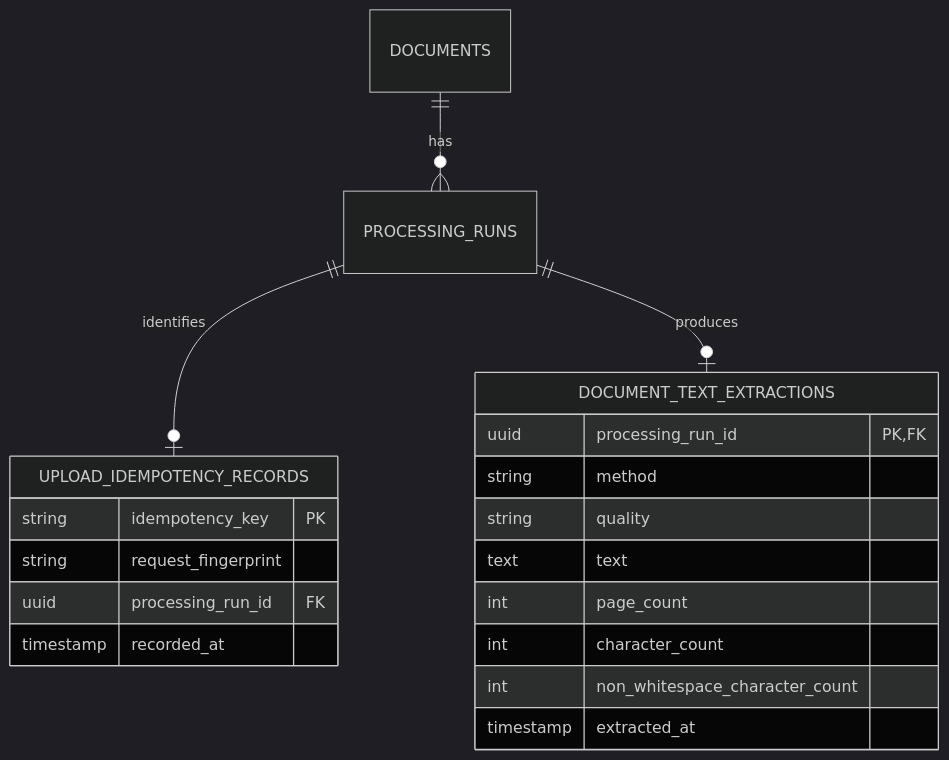
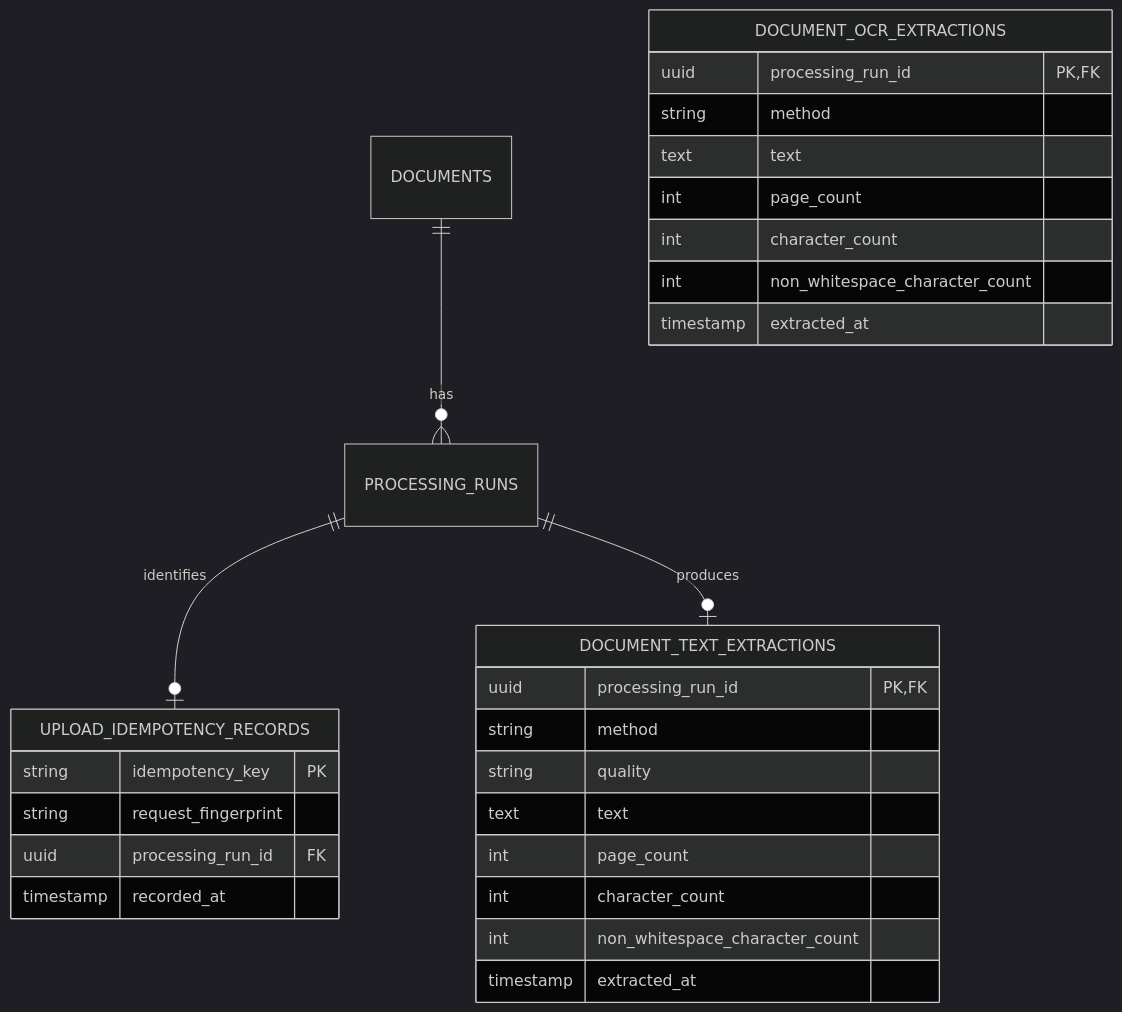
Diagram 11 of 11 in docs/architecture.md (PietroRussoD/ai-document-processing-platform), drawn with Mermaid (dark theme) before and after one commit. The commit also changed other lines of this file and 25 other files, not shown here.

````diff
--- a/docs/architecture.md
+++ b/docs/architecture.md
@@ -293,22 +296,31 @@
 ```mermaid
 erDiagram
     DOCUMENTS ||--o{ PROCESSING_RUNS : has
     PROCESSING_RUNS ||--o| UPLOAD_IDEMPOTENCY_RECORDS : identifies
     PROCESSING_RUNS ||--o| DOCUMENT_TEXT_EXTRACTIONS : produces
     UPLOAD_IDEMPOTENCY_RECORDS {
         string idempotency_key PK
         string request_fingerprint
         uuid processing_run_id FK
         timestamp recorded_at
     }
     DOCUMENT_TEXT_EXTRACTIONS {
         uuid processing_run_id PK, FK
         string method
         string quality
         text text
         int page_count
         int character_count
         int non_whitespace_character_count
         timestamp extracted_at
     }
+    DOCUMENT_OCR_EXTRACTIONS {
+        uuid processing_run_id PK, FK
+        string method
+        text text
+        int page_count
+        int character_count
+        int non_whitespace_character_count
+        timestamp extracted_at
+    }
 ```
````
